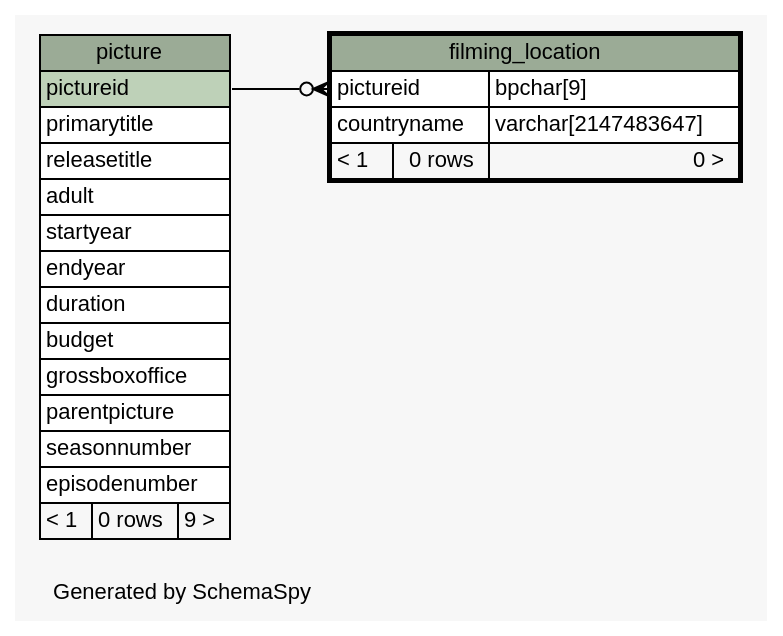
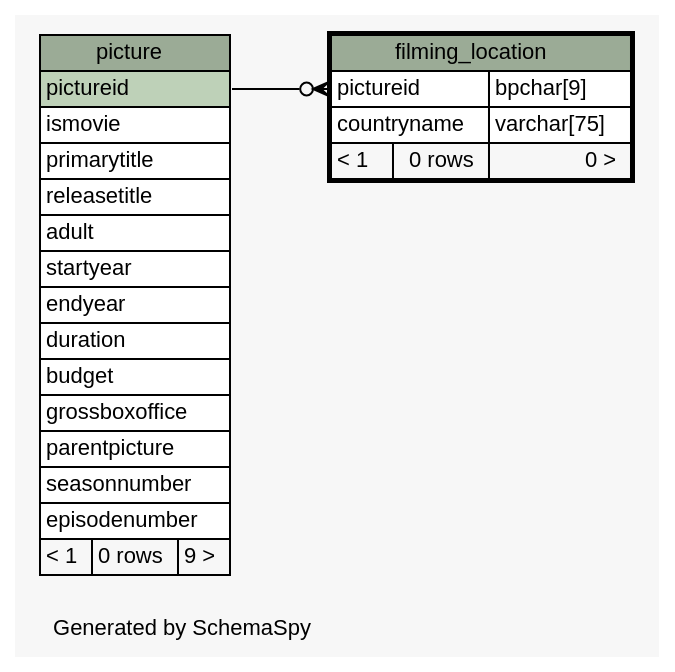
One commit to sipian/CS3563-DBMS changed the diagram in populating-tables/schemaspy/diagrams/filming_location.1degree.dot. Above: the diagram before and after it, drawn with Graphviz. The commit also changed 66 other files, not shown here.

Commit message:
add diagram for latest schema

```diff
--- a/populating-tables/schemaspy/diagrams/filming_location.1degree.dot
+++ b/populating-tables/schemaspy/diagrams/filming_location.1degree.dot
@@ -1,55 +1,56 @@
 // dot 2.38.0 on Linux 4.13.0-32-generic
 // SchemaSpy rev 590
 digraph "oneDegreeRelationshipsDiagram" {
   graph [
     rankdir="RL"
     bgcolor="#f7f7f7"
     label="\nGenerated by SchemaSpy"
     labeljust="l"
     nodesep="0.18"
     ranksep="0.46"
     fontname="Helvetica"
     fontsize="11"
   ];
   node [
     fontname="Helvetica"
     fontsize="11"
     shape="plaintext"
   ];
   edge [
     arrowsize="0.8"
   ];
   "filming_location":"pictureid":w -> "picture":"pictureid":e [arrowhead=none dir=back arrowtail=crowodot];
   "filming_location" [
     label=<
     <TABLE BORDER="2" CELLBORDER="1" CELLSPACING="0" BGCOLOR="#ffffff">
       <TR><TD COLSPAN="3" BGCOLOR="#9bab96" ALIGN="CENTER">filming_location</TD></TR>
       <TR><TD PORT="pictureid" COLSPAN="2" ALIGN="LEFT">pictureid</TD><TD PORT="pictureid.type" ALIGN="LEFT">bpchar[9]</TD></TR>
-      <TR><TD PORT="countryname" COLSPAN="2" ALIGN="LEFT">countryname</TD><TD PORT="countryname.type" ALIGN="LEFT">varchar[2147483647]</TD></TR>
+      <TR><TD PORT="countryname" COLSPAN="2" ALIGN="LEFT">countryname</TD><TD PORT="countryname.type" ALIGN="LEFT">varchar[75]</TD></TR>
       <TR><TD ALIGN="LEFT" BGCOLOR="#f7f7f7">&lt; 1</TD><TD ALIGN="RIGHT" BGCOLOR="#f7f7f7">0 rows</TD><TD ALIGN="RIGHT" BGCOLOR="#f7f7f7">0 &gt;</TD></TR>
     </TABLE>>
     URL="filming_location.html"
     tooltip="filming_location"
   ];
   "picture" [
     label=<
     <TABLE BORDER="0" CELLBORDER="1" CELLSPACING="0" BGCOLOR="#ffffff">
       <TR><TD COLSPAN="3" BGCOLOR="#9bab96" ALIGN="CENTER">picture</TD></TR>
       <TR><TD PORT="pictureid" COLSPAN="3" BGCOLOR="#bed1b8" ALIGN="LEFT">pictureid</TD></TR>
+      <TR><TD PORT="ismovie" COLSPAN="3" ALIGN="LEFT">ismovie</TD></TR>
       <TR><TD PORT="primarytitle" COLSPAN="3" ALIGN="LEFT">primarytitle</TD></TR>
       <TR><TD PORT="releasetitle" COLSPAN="3" ALIGN="LEFT">releasetitle</TD></TR>
       <TR><TD PORT="adult" COLSPAN="3" ALIGN="LEFT">adult</TD></TR>
       <TR><TD PORT="startyear" COLSPAN="3" ALIGN="LEFT">startyear</TD></TR>
       <TR><TD PORT="endyear" COLSPAN="3" ALIGN="LEFT">endyear</TD></TR>
       <TR><TD PORT="duration" COLSPAN="3" ALIGN="LEFT">duration</TD></TR>
       <TR><TD PORT="budget" COLSPAN="3" ALIGN="LEFT">budget</TD></TR>
       <TR><TD PORT="grossboxoffice" COLSPAN="3" ALIGN="LEFT">grossboxoffice</TD></TR>
       <TR><TD PORT="parentpicture" COLSPAN="3" ALIGN="LEFT">parentpicture</TD></TR>
       <TR><TD PORT="seasonnumber" COLSPAN="3" ALIGN="LEFT">seasonnumber</TD></TR>
       <TR><TD PORT="episodenumber" COLSPAN="3" ALIGN="LEFT">episodenumber</TD></TR>
       <TR><TD ALIGN="LEFT" BGCOLOR="#f7f7f7">&lt; 1</TD><TD ALIGN="RIGHT" BGCOLOR="#f7f7f7">0 rows</TD><TD ALIGN="RIGHT" BGCOLOR="#f7f7f7">9 &gt;</TD></TR>
     </TABLE>>
     URL="picture.html"
     tooltip="picture"
   ];
 }
```
